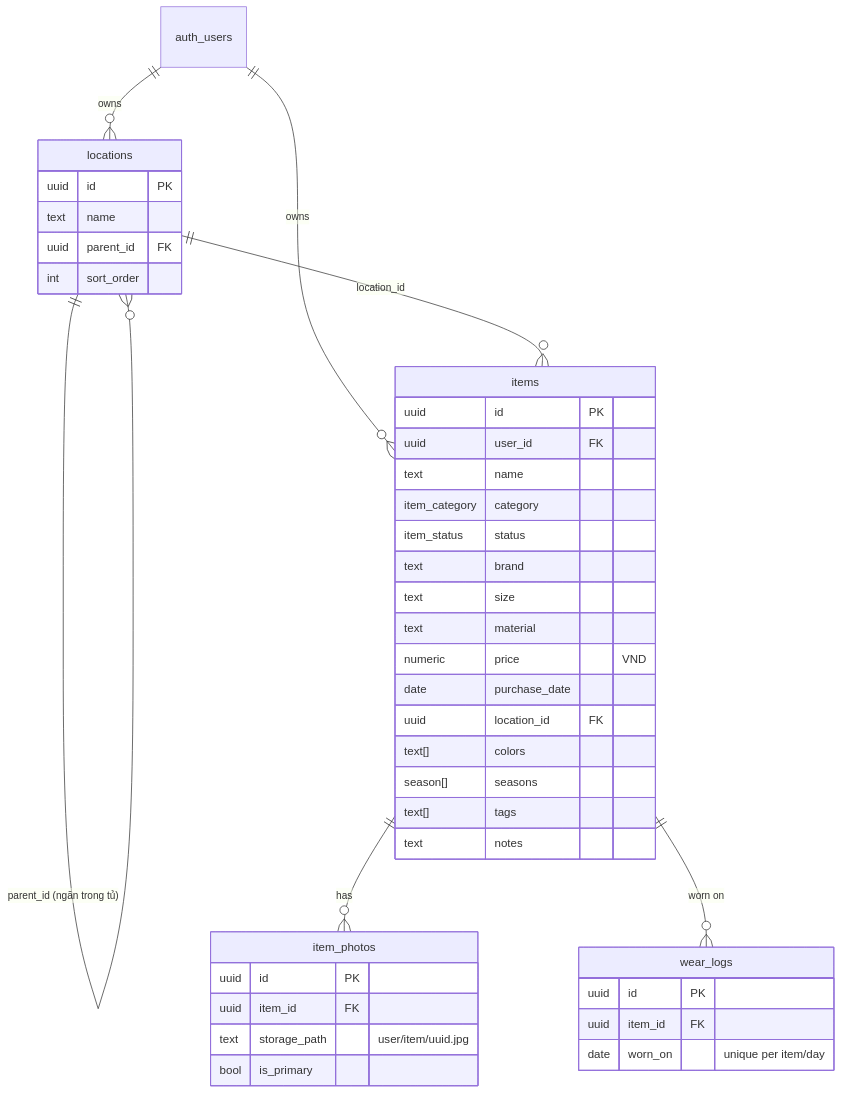
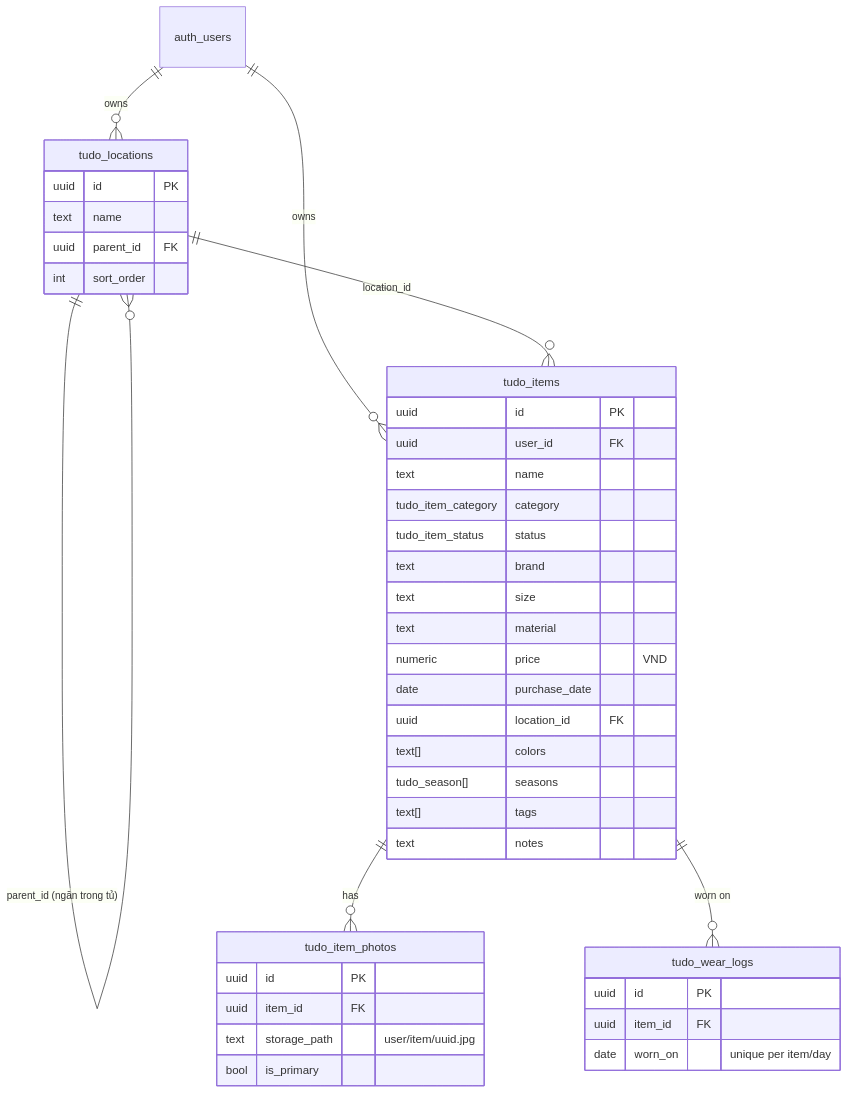
One commit to mmlabs-online/TuDoCuaTui changed the diagram in docs/data-model.md. Above: the diagram before and after it, drawn with Mermaid. The commit also changed other lines of this file and 17 other files, not shown here.

````diff
--- a/docs/data-model.md
+++ b/docs/data-model.md
@@ -5,44 +6,44 @@
 ```mermaid
 erDiagram
-  auth_users ||--o{ locations : owns
-  auth_users ||--o{ items : owns
-  locations  ||--o{ locations : "parent_id (ngăn trong tủ)"
-  locations  ||--o{ items : "location_id"
-  items      ||--o{ item_photos : has
-  items      ||--o{ wear_logs : "worn on"
+  auth_users ||--o{ tudo_locations : owns
+  auth_users ||--o{ tudo_items : owns
+  tudo_locations  ||--o{ tudo_locations : "parent_id (ngăn trong tủ)"
+  tudo_locations  ||--o{ tudo_items : "location_id"
+  tudo_items      ||--o{ tudo_item_photos : has
+  tudo_items      ||--o{ tudo_wear_logs : "worn on"
 
-  items {
+  tudo_items {
     uuid id PK
     uuid user_id FK
     text name
-    item_category category
-    item_status status
+    tudo_item_category category
+    tudo_item_status status
     text brand
     text size
     text material
     numeric price "VND"
     date purchase_date
     uuid location_id FK
     text[] colors
-    season[] seasons
+    tudo_season[] seasons
     text[] tags
     text notes
   }
-  locations {
+  tudo_locations {
     uuid id PK
     text name
     uuid parent_id FK
     int sort_order
   }
-  item_photos {
+  tudo_item_photos {
     uuid id PK
     uuid item_id FK
     text storage_path "user/item/uuid.jpg"
     bool is_primary
   }
-  wear_logs {
+  tudo_wear_logs {
     uuid id PK
     uuid item_id FK
     date worn_on "unique per item/day"
   }
 ```
````
